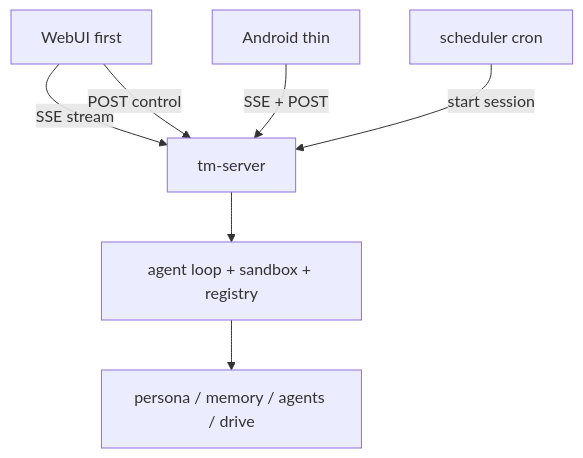
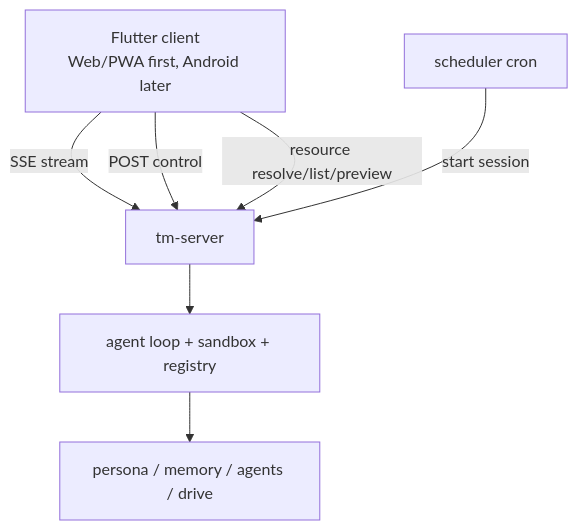
Before and after one commit to mozufu/TempestMiku: the diagram in docs/design/product/27-server-and-clients.md, drawn with Mermaid. The commit also changed other lines of this file and 7 other files, not shown here.

````diff
--- a/docs/design/product/27-server-and-clients.md
+++ b/docs/design/product/27-server-and-clients.md
@@ -31,9 +32,9 @@
 ```mermaid
 flowchart TD
-  WEB[WebUI first] -->|SSE stream| SRV[tm-server]
-  WEB -->|POST control| SRV
-  AND[Android thin] -->|SSE + POST| SRV
+  FLUTTER[Flutter client<br/>Web/PWA first, Android later] -->|SSE stream| SRV[tm-server]
+  FLUTTER -->|POST control| SRV
+  FLUTTER -->|resource resolve/list/preview| SRV
   SCHED[scheduler cron] -->|start session| SRV
   SRV --> CORE[agent loop + sandbox + registry]
   CORE --> SUBS[persona / memory / agents / drive]
 ```
````
